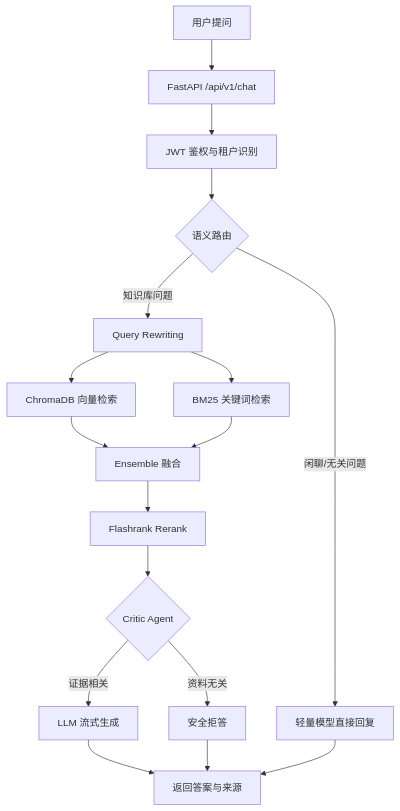
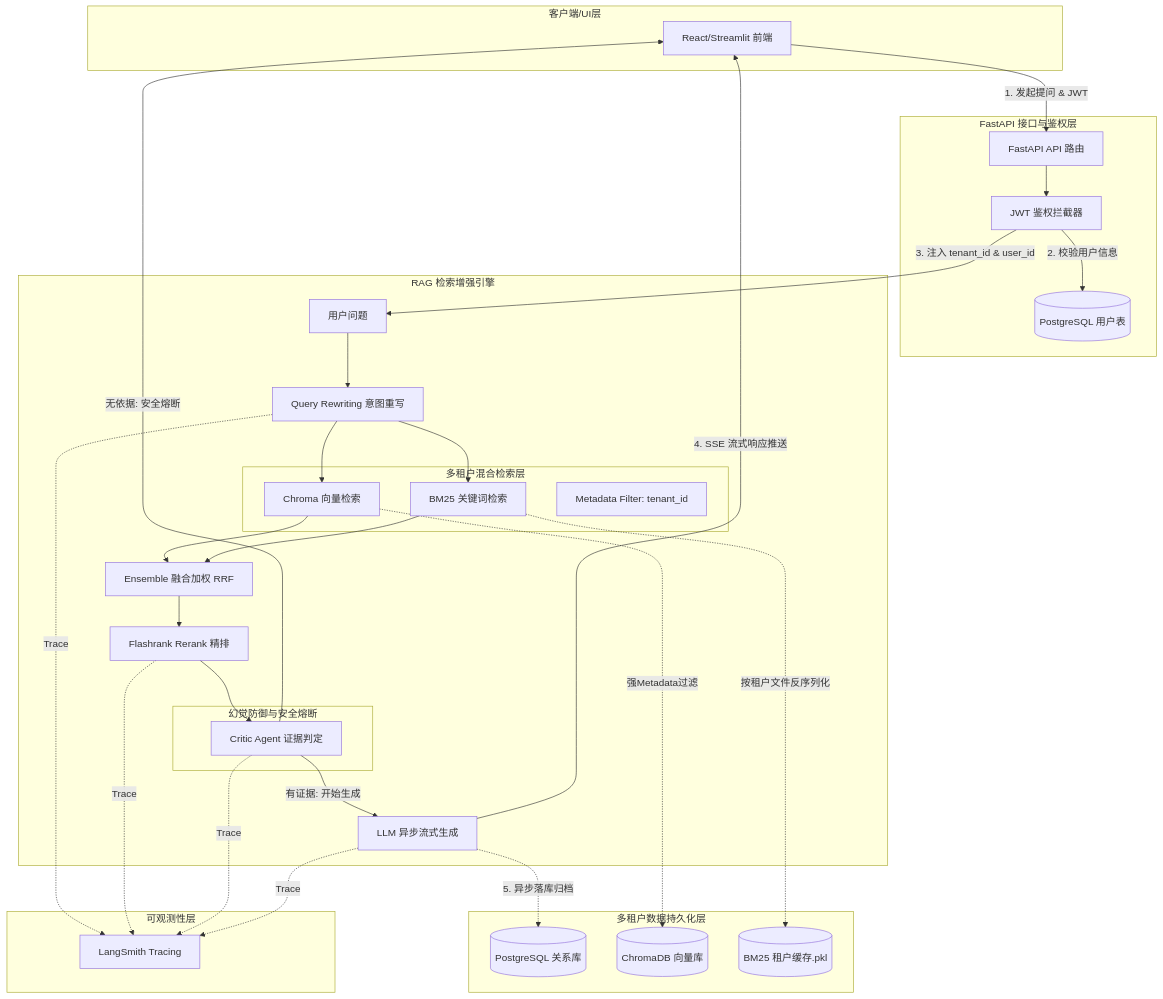
The diagram in README.md (Autumn8001/Rag), drawn with Mermaid before and after one commit. The commit also changed other lines of this file and 19 other files, not shown here.

````diff
--- a/README.md
+++ b/README.md
@@ -101,19 +83,72 @@
 ```mermaid
 graph TD
-    A[用户提问] --> B[FastAPI /api/v1/chat]
-    B --> Auth[JWT 鉴权与租户识别]
-    Auth --> C{语义路由}
-    C -->|知识库问题| D[Query Rewriting]
-    C -->|闲聊/无关问题| E[轻量模型直接回复]
-    D --> F[ChromaDB 向量检索]
-    D --> G[BM25 关键词检索]
-    F --> H[Ensemble 融合]
-    G --> H
-    H --> I[Flashrank Rerank]
-    I --> J{Critic Agent}
-    J -->|证据相关| K[LLM 流式生成]
-    J -->|资料无关| L[安全拒答]
-    K --> M[返回答案与来源]
-    E --> M
-    L --> M
+    subgraph Client [客户端/UI层]
+        UI[React/Streamlit 前端]
+    end
+
+    subgraph API [FastAPI 接口与鉴权层]
+        Router[FastAPI API 路由]
+        Auth[JWT 鉴权拦截器]
+        DB_User[(PostgreSQL 用户表)]
+    end
+
+    subgraph Engine [RAG 检索增强引擎]
+        Query[用户问题]
+        Rewrite[Query Rewriting 意图重写]
+        
+        subgraph Retrieval [多租户混合检索层]
+            Chroma[Chroma 向量检索]
+            BM25[BM25 关键词检索]
+            Filter[Metadata Filter: tenant_id]
+        end
+        
+        Ensemble[Ensemble 融合加权 RRF]
+        Rerank[Flashrank Rerank 精排]
+        
+        subgraph Guard [幻觉防御与安全熔断]
+            Critic[Critic Agent 证据判定]
+        end
+        
+        Generator[LLM 异步流式生成]
+    end
+
+    subgraph Persistence [多租户数据持久化层]
+        PG[(PostgreSQL 关系库)]
+        ChromaStore[(ChromaDB 向量库)]
+        BM25Store[(BM25 租户缓存.pkl)]
+    end
+
+    subgraph Observability [可观测性层]
+        LangSmith[LangSmith Tracing]
+    end
+
+    %% 数据流指向
+    UI -->|1. 发起提问 & JWT| Router
+    Router --> Auth
+    Auth -->|2. 校验用户信息| DB_User
+    Auth -->|3. 注入 tenant_id & user_id| Query
+    
+    Query --> Rewrite
+    Rewrite --> Chroma
+    Rewrite --> BM25
+    
+    Chroma -.->|强Metadata过滤| ChromaStore
+    BM25 -.->|按租户文件反序列化| BM25Store
+    
+    Chroma --> Ensemble
+    BM25 --> Ensemble
+    Ensemble --> Rerank
+    Rerank --> Critic
+    
+    Critic -->|有证据: 开始生成| Generator
+    Critic -->|无依据: 安全熔断| UI
+    
+    Generator -->|4. SSE 流式响应推送| UI
+    Generator -.->|5. 异步落库归档| PG
+    
+    %% LangSmith 监控
+    Rewrite -.->|Trace| LangSmith
+    Rerank -.->|Trace| LangSmith
+    Critic -.->|Trace| LangSmith
+    Generator -.->|Trace| LangSmith
 ```
````
